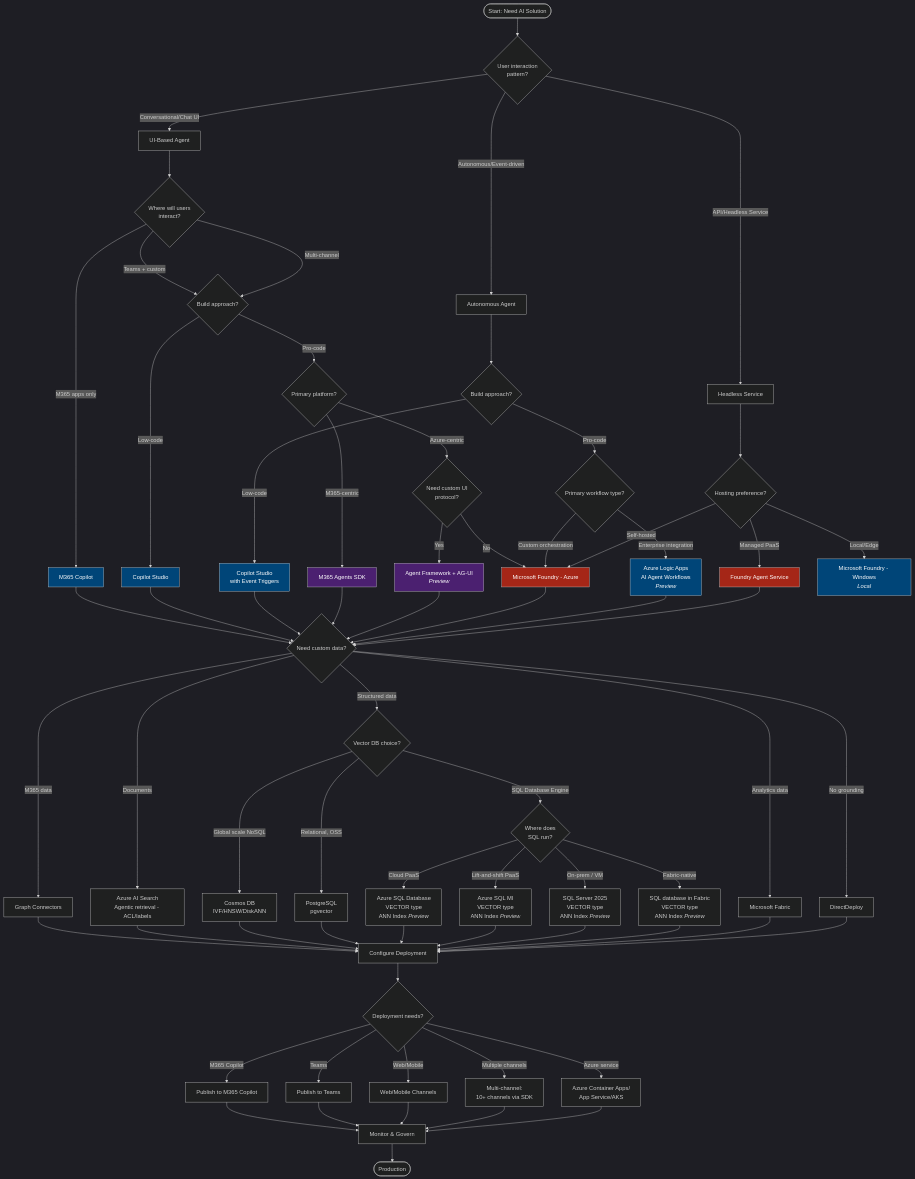
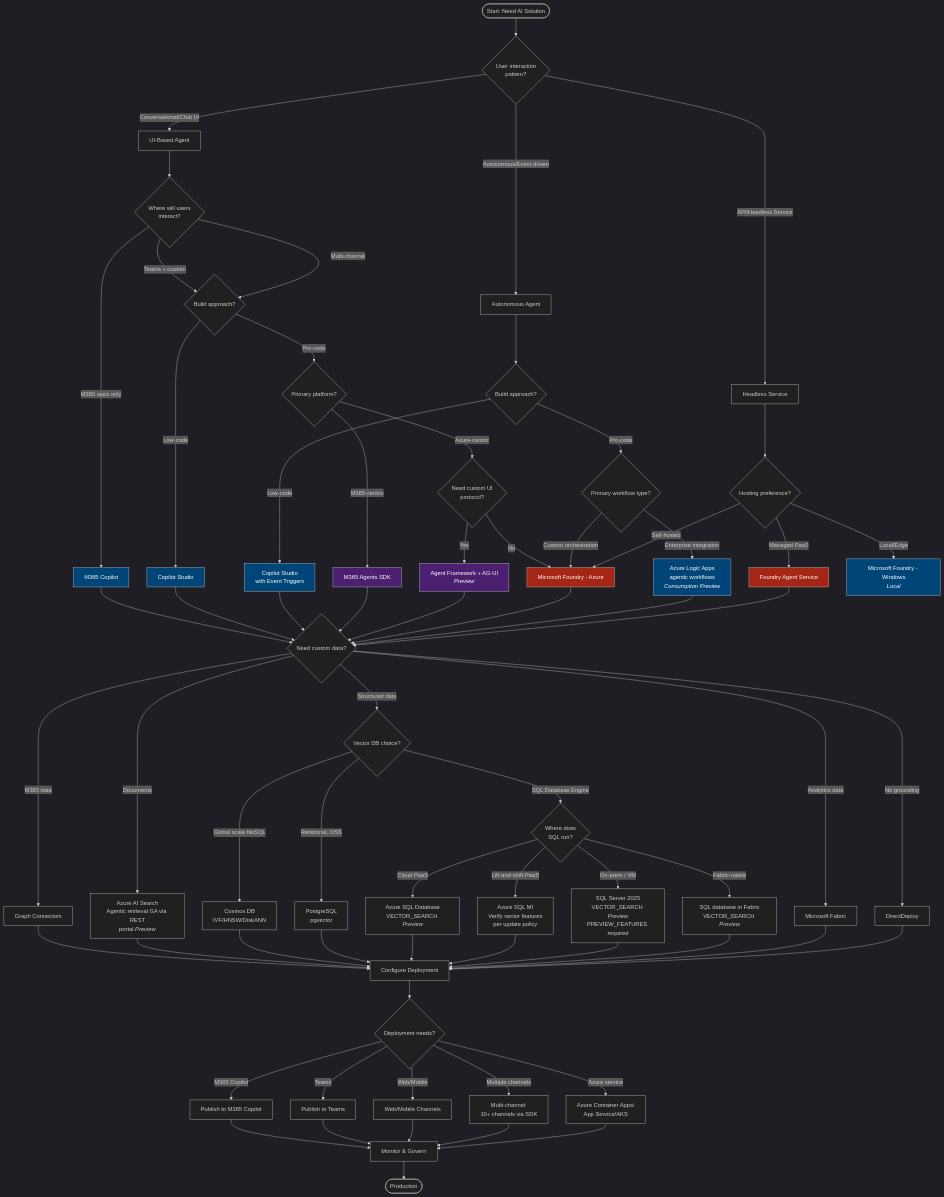
The first of 10 diagrams in docs/visual-framework.md (microsoft/Microsoft-AI-Decision-Framework), drawn with Mermaid before and after one commit. The commit also changed other lines of this file and 23 other files, not shown here.

```diff
--- a/docs/visual-framework.md
+++ b/docs/visual-framework.md
@@ -83,7 +83,7 @@
     Q5 -->|Low-code| StudioAuto[Copilot Studio<br/>with Event Triggers]
     Q5 -->|Pro-code| Q6{Primary workflow type?}
 
-    Q6 -->|Enterprise integration| LogicApps[Azure Logic Apps<br/>AI Agent Workflows<br/><i>Preview</i>]
+    Q6 -->|Enterprise integration| LogicApps[Azure Logic Apps<br/>agentic workflows<br/><i>Consumption Preview</i>]
     Q6 -->|Custom orchestration| Foundry
 
     API_Path --> Q7{Hosting preference?}
@@ -101,7 +101,7 @@
     AgentService --> DataQ
 
     DataQ -->|M365 data| GraphConn[Graph Connectors]
-    DataQ -->|Documents| AISearch[Azure AI Search<br/>Agentic retrieval - ACL/labels]
+    DataQ -->|Documents| AISearch[Azure AI Search<br/>Agentic retrieval GA via REST<br/>portal <i>Preview</i>]
     DataQ -->|Structured data| VectorDB{Vector DB choice?}
     DataQ -->|Analytics data| Fabric[Microsoft Fabric]
     DataQ -->|No grounding| DirectDeploy
@@ -110,10 +110,10 @@
     VectorDB -->|Relational, OSS| PostgreSQL[PostgreSQL<br/>pgvector]
     VectorDB -->|SQL Database Engine| SQLFamily{Where does<br/>SQL run?}
 
-    SQLFamily -->|Cloud PaaS| AzureSQL[Azure SQL Database<br/>VECTOR type<br/>ANN Index <i>Preview</i>]
-    SQLFamily -->|Lift-and-shift PaaS| SQLMI[Azure SQL MI<br/>VECTOR type<br/>ANN Index <i>Preview</i>]
-    SQLFamily -->|On-prem / VM| SQLServer[SQL Server 2025<br/>VECTOR type<br/>ANN Index <i>Preview</i>]
-    SQLFamily -->|Fabric-native| SQLFabric[SQL database in Fabric<br/>VECTOR type<br/>ANN Index <i>Preview</i>]
+    SQLFamily -->|Cloud PaaS| AzureSQL[Azure SQL Database<br/>VECTOR_SEARCH <i>Preview</i>]
+    SQLFamily -->|Lift-and-shift PaaS| SQLMI[Azure SQL MI<br/>Verify vector features<br/>per update policy]
+    SQLFamily -->|On-prem / VM| SQLServer[SQL Server 2025<br/>VECTOR_SEARCH <i>Preview</i><br/>PREVIEW_FEATURES required]
+    SQLFamily -->|Fabric-native| SQLFabric[SQL database in Fabric<br/>VECTOR_SEARCH <i>Preview</i>]
 
     GraphConn --> DeployConfig
     AISearch --> DeployConfig
```
